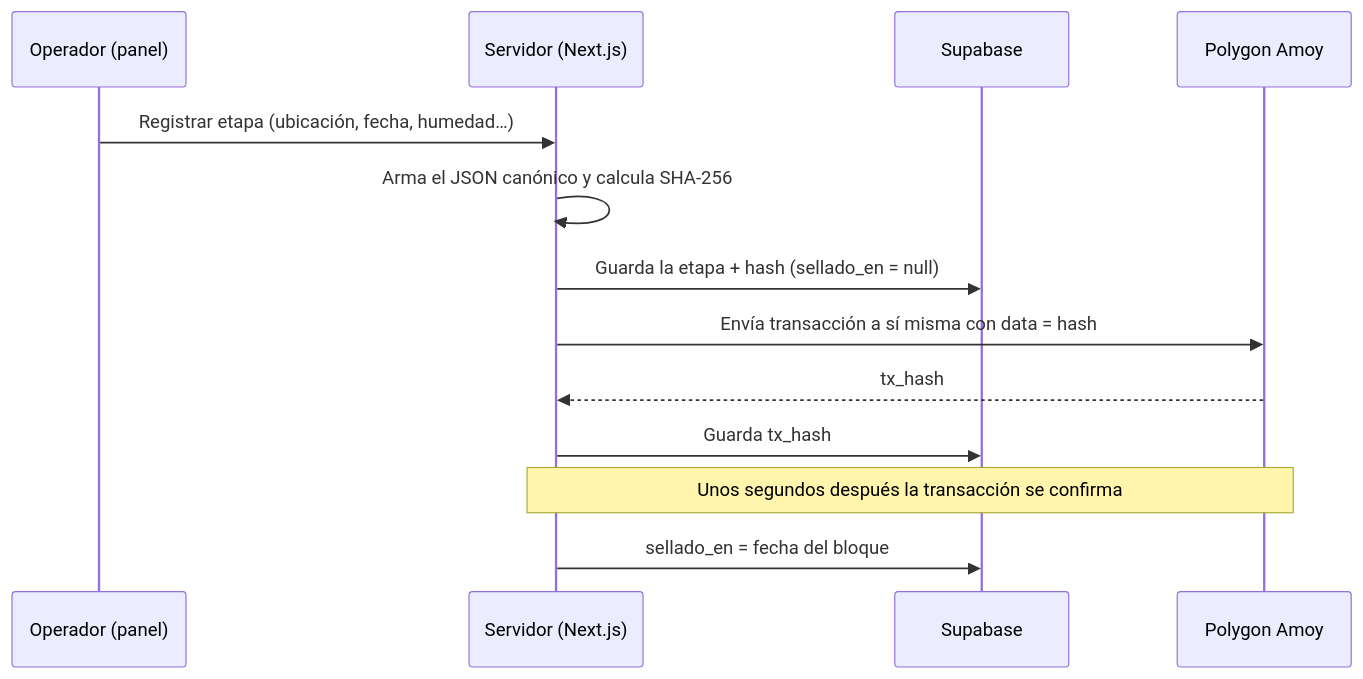
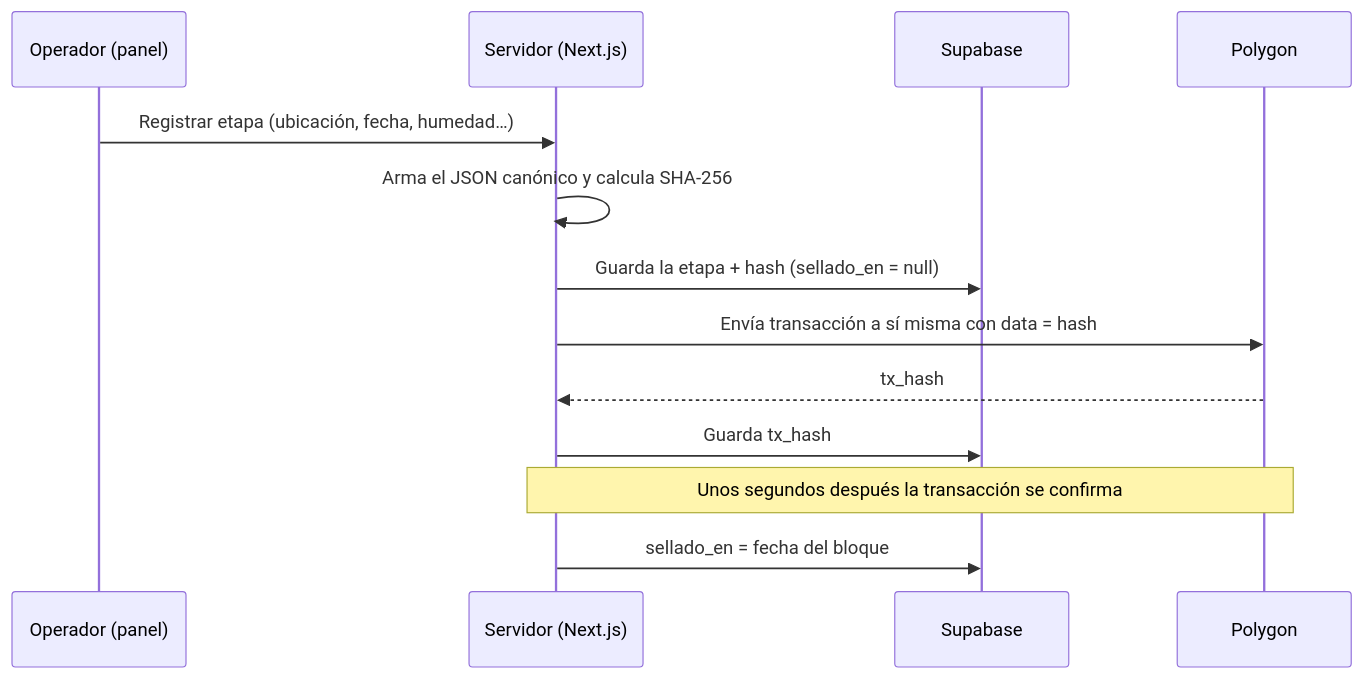
Before and after one commit to Antoni2487/cacao_pass: the diagram in docs/01-conceptos-blockchain.md, drawn with Mermaid. The commit also changed other lines of this file and 14 other files, not shown here.

First line of the commit message:
feat(blockchain): red configurable entre Amoy y Polygon PoS

````diff
--- a/docs/01-conceptos-blockchain.md
+++ b/docs/01-conceptos-blockchain.md
@@ -134,16 +141,16 @@
 ```mermaid
 sequenceDiagram
     participant O as Operador (panel)
     participant API as Servidor (Next.js)
     participant BD as Supabase
-    participant BC as Polygon Amoy
+    participant BC as Polygon
 
     O->>API: Registrar etapa (ubicación, fecha, humedad…)
     API->>API: Arma el JSON canónico y calcula SHA-256
     API->>BD: Guarda la etapa + hash (sellado_en = null)
     API->>BC: Envía transacción a sí misma con data = hash
     BC-->>API: tx_hash
     API->>BD: Guarda tx_hash
     Note over API,BC: Unos segundos después la transacción se confirma
     API->>BD: sellado_en = fecha del bloque
 ```
````
